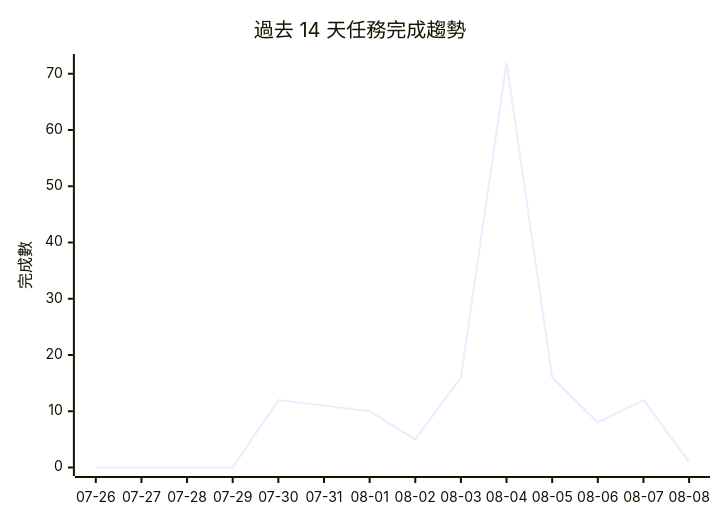
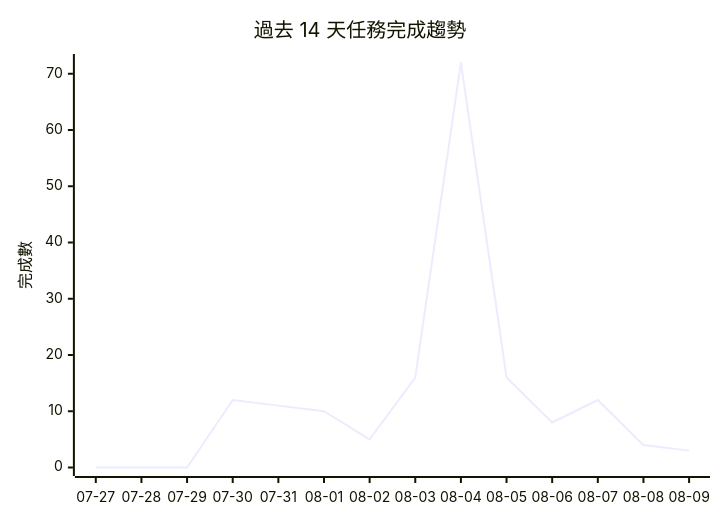
One commit to gentoobreaking/ai-tasks changed the diagram in PROJECTS.md. Above: the diagram before and after it, drawn with Mermaid. The commit also changed other lines of this file and 65 other files, not shown here.

````diff
--- a/PROJECTS.md
+++ b/PROJECTS.md
@@ -181,7 +175,7 @@
 ```mermaid
 xychart-beta
     title "過去 14 天任務完成趨勢"
-    x-axis ["07-26", "07-27", "07-28", "07-29", "07-30", "07-31", "08-01", "08-02", "08-03", "08-04", "08-05", "08-06", "08-07", "08-08"]
+    x-axis ["07-27", "07-28", "07-29", "07-30", "07-31", "08-01", "08-02", "08-03", "08-04", "08-05", "08-06", "08-07", "08-08", "08-09"]
     y-axis "完成數" 0 --> 72
-    line [0, 0, 0, 0, 12, 11, 10, 5, 16, 72, 16, 8, 12, 1]
+    line [0, 0, 0, 12, 11, 10, 5, 16, 72, 16, 8, 12, 4, 3]
 ```
````
